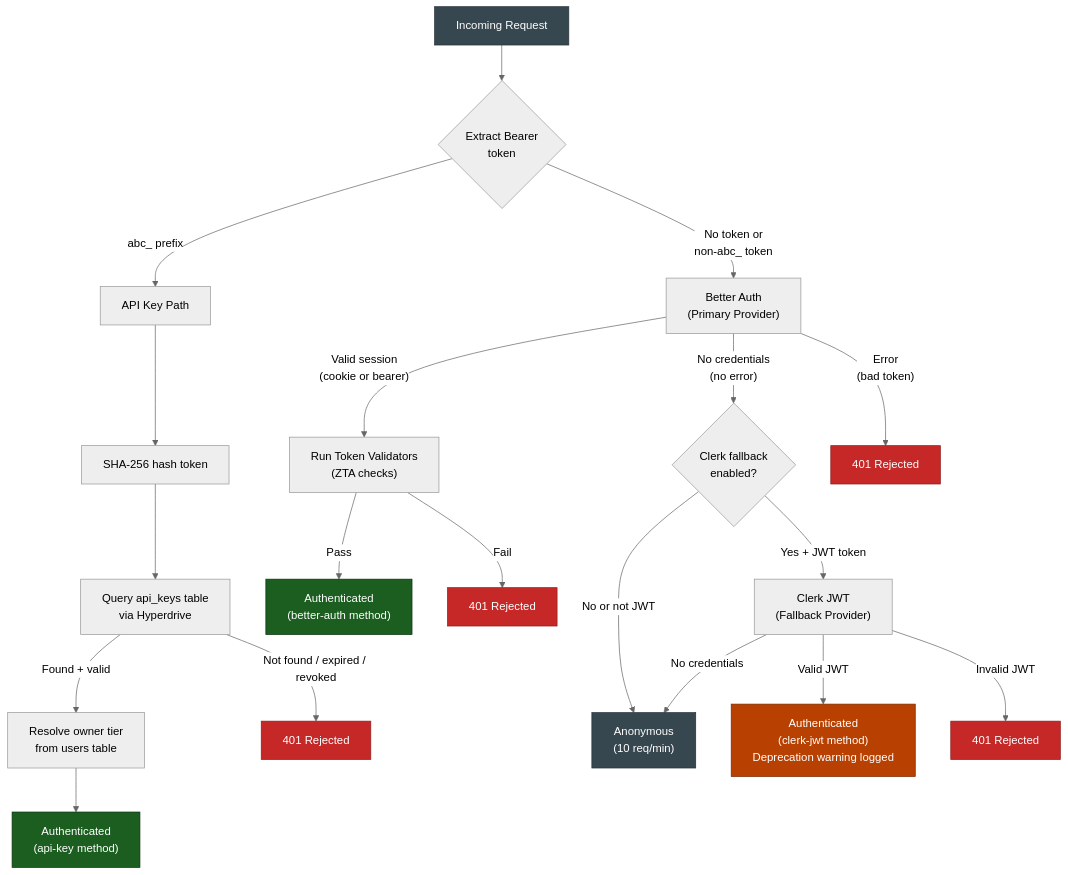
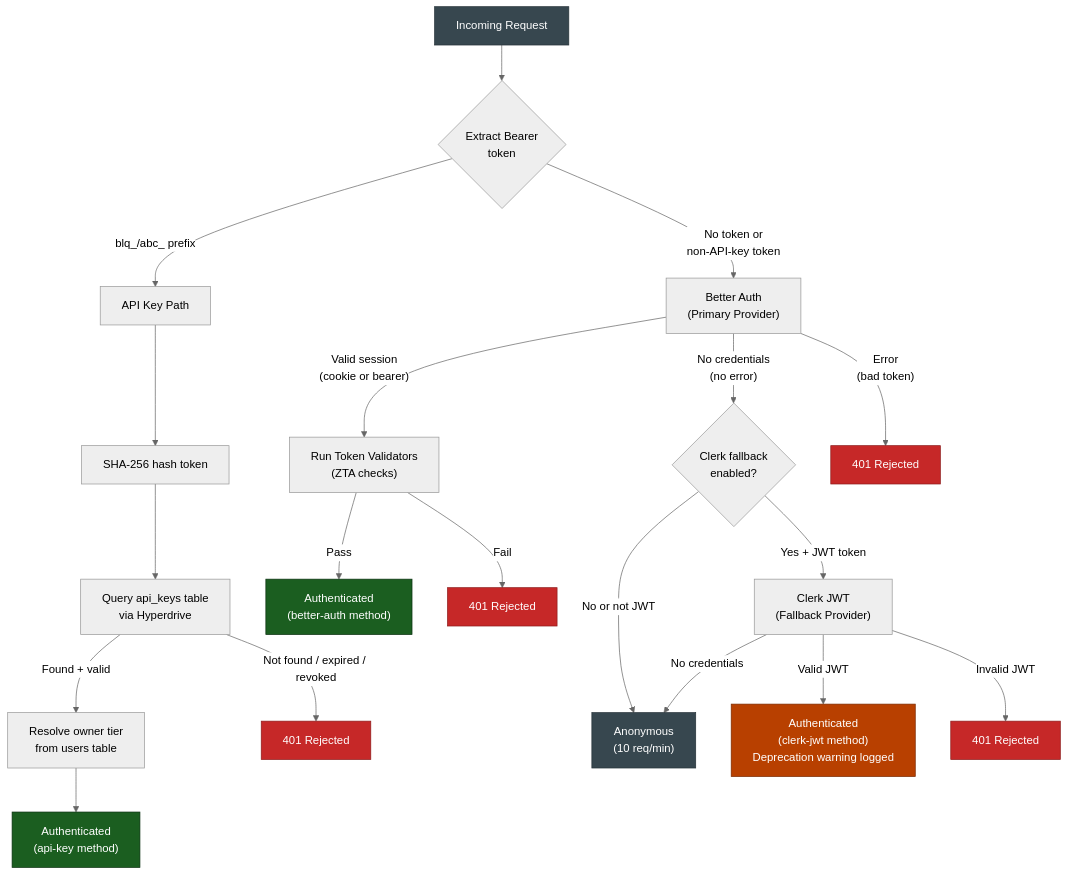
Before and after one commit to jaypatrick/adblock-compiler: the first of 3 diagrams in docs/auth/auth-chain-reference.md, drawn with Mermaid (neutral theme). The commit also changed other lines of this file and 17 other files, not shown here.

First line of the commit message:
feat(api-keys): rename API key prefix `abc_` → `blq_` with dual-prefix backwards compatibility (#1704)

````diff
--- a/docs/auth/auth-chain-reference.md
+++ b/docs/auth/auth-chain-reference.md
@@ -39,37 +39,37 @@
 ```mermaid
 flowchart TD
     REQ["Incoming Request"] --> TOKEN{"Extract Bearer<br/>token"}
 
-    TOKEN -->|"abc_ prefix"| APIKEY["API Key Path"]
-    TOKEN -->|"No token or<br/>non-abc_ token"| BA["Better Auth<br/>(Primary Provider)"]
+    TOKEN -->|"blq_/abc_ prefix"| APIKEY["API Key Path"]
+    TOKEN -->|"No token or<br/>non-API-key token"| BA["Better Auth<br/>(Primary Provider)"]
 
     APIKEY --> HASH["SHA-256 hash token"]
     HASH --> LOOKUP["Query api_keys table<br/>via Hyperdrive"]
     LOOKUP -->|"Found + valid"| TIER["Resolve owner tier<br/>from users table"]
     TIER --> AUTH_OK["Authenticated<br/>(api-key method)"]
     LOOKUP -->|"Not found / expired / revoked"| REJECT["401 Rejected"]
 
     BA -->|"Valid session<br/>(cookie or bearer)"| ZTA["Run Token Validators<br/>(ZTA checks)"]
     ZTA -->|"Pass"| BA_OK["Authenticated<br/>(better-auth method)"]
     ZTA -->|"Fail"| REJECT2["401 Rejected"]
 
     BA -->|"No credentials<br/>(no error)"| CLERK_CHECK{"Clerk fallback<br/>enabled?"}
     BA -->|"Error<br/>(bad token)"| REJECT3["401 Rejected"]
 
     CLERK_CHECK -->|"Yes + JWT token"| CLERK["Clerk JWT<br/>(Fallback Provider)"]
     CLERK_CHECK -->|"No or not JWT"| ANON["Anonymous<br/>(10 req/min)"]
 
     CLERK -->|"Valid JWT"| CLERK_OK["Authenticated<br/>(clerk-jwt method)<br/>Deprecation warning logged"]
     CLERK -->|"Invalid JWT"| REJECT4["401 Rejected"]
     CLERK -->|"No credentials"| ANON
 
     style REQ fill:#37474f,stroke:#263238,color:#fff
     style AUTH_OK fill:#1b5e20,stroke:#0a3010,color:#fff
     style BA_OK fill:#1b5e20,stroke:#0a3010,color:#fff
     style CLERK_OK fill:#b84000,stroke:#7a2900,color:#fff
     style ANON fill:#37474f,stroke:#263238,color:#fff
     style REJECT fill:#c62828,stroke:#8e1c1c,color:#fff
     style REJECT2 fill:#c62828,stroke:#8e1c1c,color:#fff
     style REJECT3 fill:#c62828,stroke:#8e1c1c,color:#fff
     style REJECT4 fill:#c62828,stroke:#8e1c1c,color:#fff
 ```
````
